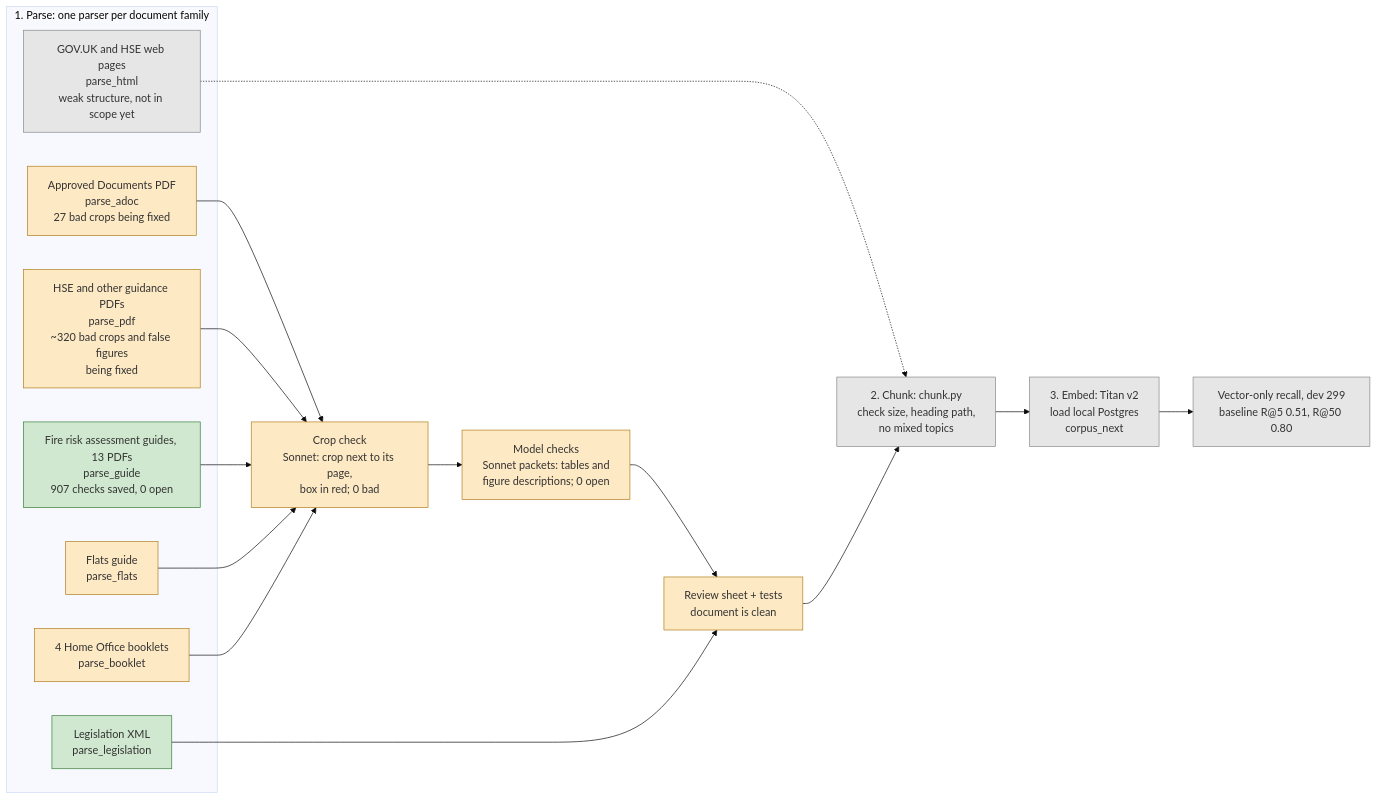
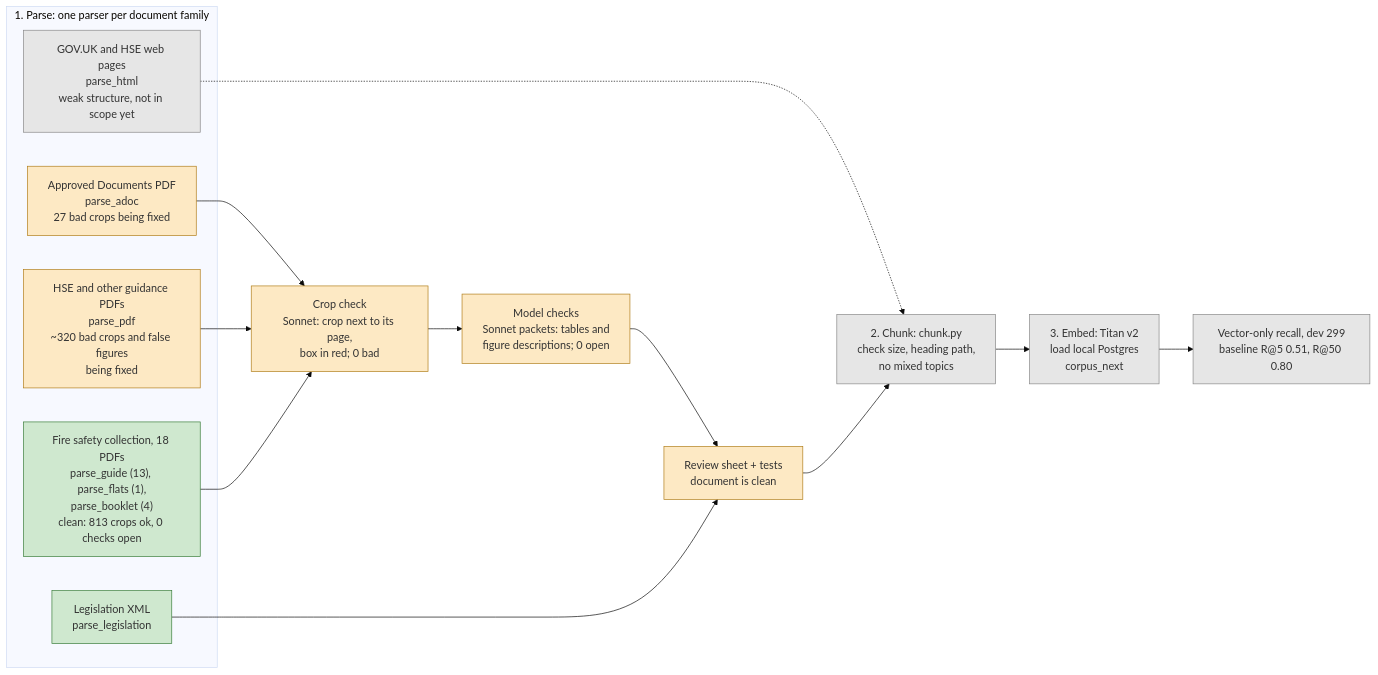
One commit to florinmarcus/builders_lab changed the diagram in evals/PLAN.md. Above: the diagram before and after it, drawn with Mermaid (base theme). The commit also changed other lines of this file and 1 other file, not shown here.

Commit message:
Fire safety collection clean: flats guide and 4 booklets, 87 model checks saved, 0 open in all 18 files
86 by headless Sonnet packets at the first try; 1 (flats figure 8) refused twice and written by the lead
agent from the image. All 813 crops pass the crop check. Plan diagram updated.

Claude-Session: https://claude.ai/code/session_01F8Dg4SJD25CJrt8sDTyUaT

````diff
--- a/evals/PLAN.md
+++ b/evals/PLAN.md
@@ -32,30 +32,26 @@
 ```mermaid
 flowchart LR
     subgraph parse["1. Parse: one parser per document family"]
         leg["Legislation XML<br/>parse_legislation"]:::done
         adoc["Approved Documents PDF<br/>parse_adoc<br/>27 bad crops being fixed"]:::wip
         hse["HSE and other guidance PDFs<br/>parse_pdf<br/>~320 bad crops and false figures<br/>being fixed"]:::wip
-        guide["Fire risk assessment guides, 13 PDFs<br/>parse_guide<br/>907 checks saved, 0 open"]:::done
-        flats["Flats guide<br/>parse_flats"]:::wip
-        book["4 Home Office booklets<br/>parse_booklet"]:::wip
+        guide["Fire safety collection, 18 PDFs<br/>parse_guide (13), parse_flats (1),<br/>parse_booklet (4)<br/>clean: 813 crops ok, 0 checks open"]:::done
         html["GOV.UK and HSE web pages<br/>parse_html<br/>weak structure, not in scope yet"]:::todo
     end
     crop["Crop check<br/>Sonnet: crop next to its page,<br/>box in red; 0 bad"]:::wip
     mc["Model checks<br/>Sonnet packets: tables and<br/>figure descriptions; 0 open"]:::wip
     rev["Review sheet + tests<br/>document is clean"]:::wip
     chunk["2. Chunk: chunk.py<br/>check size, heading path,<br/>no mixed topics"]:::todo
     emb["3. Embed: Titan v2<br/>load local Postgres<br/>corpus_next"]:::todo
     rec["Vector-only recall, dev 299<br/>baseline R@5 0.51, R@50 0.80"]:::todo
     adoc --> crop
     hse --> crop
     guide --> crop
-    flats --> crop
-    book --> crop
     crop --> mc --> rev
     leg --> rev
     html -.-> chunk
     rev --> chunk --> emb --> rec
     classDef done fill:#cfe8cf,stroke:#3a7d3a
     classDef wip fill:#fde9c4,stroke:#b07d1a
     classDef todo fill:#e6e6e6,stroke:#888
 ```
````
